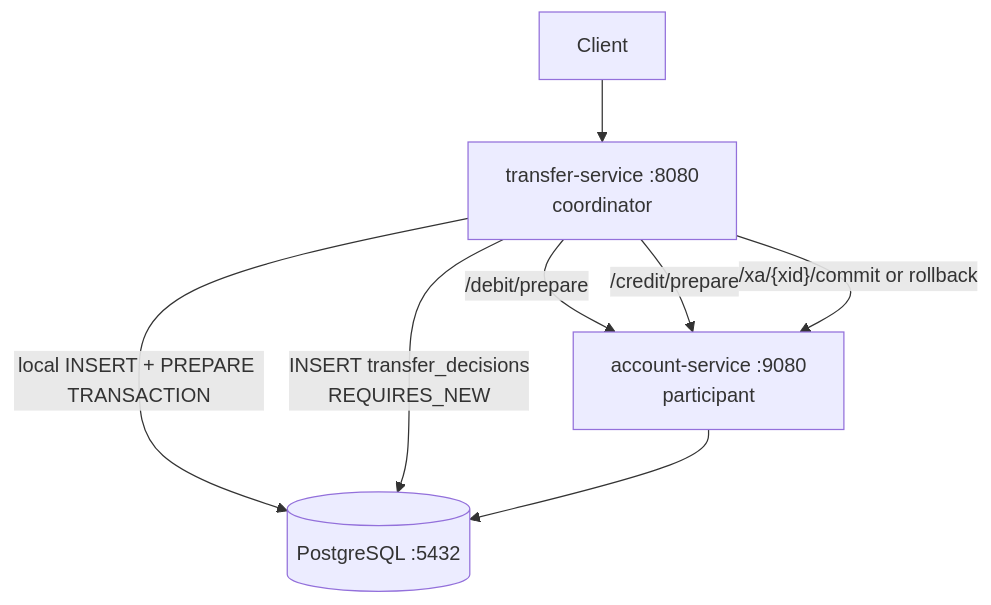
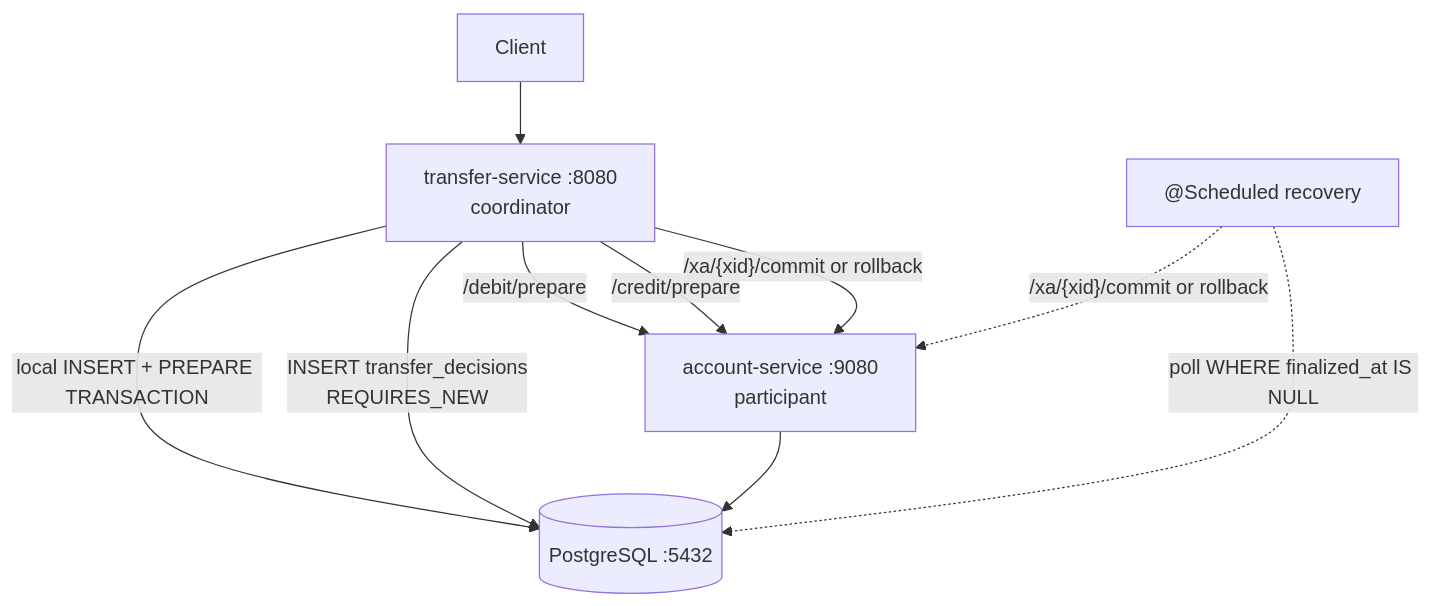
One commit to alexandreroman/durable-money changed the diagram in 3-two-phase-commit/README.md. Above: the diagram before and after it, drawn with Mermaid. The commit also changed other lines of this file and 7 other files, not shown here.

````diff
--- a/3-two-phase-commit/README.md
+++ b/3-two-phase-commit/README.md
@@ -77,10 +82,12 @@
 ```mermaid
 graph TD
     Client --> Transfer["transfer-service :8080<br/>coordinator"]
     Transfer -->|/debit/prepare| Account["account-service :9080<br/>participant"]
     Transfer -->|/credit/prepare| Account
     Transfer -->|local INSERT + PREPARE TRANSACTION| DB[(PostgreSQL :5432)]
     Transfer -->|"INSERT transfer_decisions<br/>REQUIRES_NEW"| DB
     Transfer -->|"/xa/{xid}/commit or rollback"| Account
     Account --> DB
+    Recovery["@Scheduled recovery"] -.->|"poll WHERE finalized_at IS NULL"| DB
+    Recovery -.->|"/xa/{xid}/commit or rollback"| Account
 ```
````
